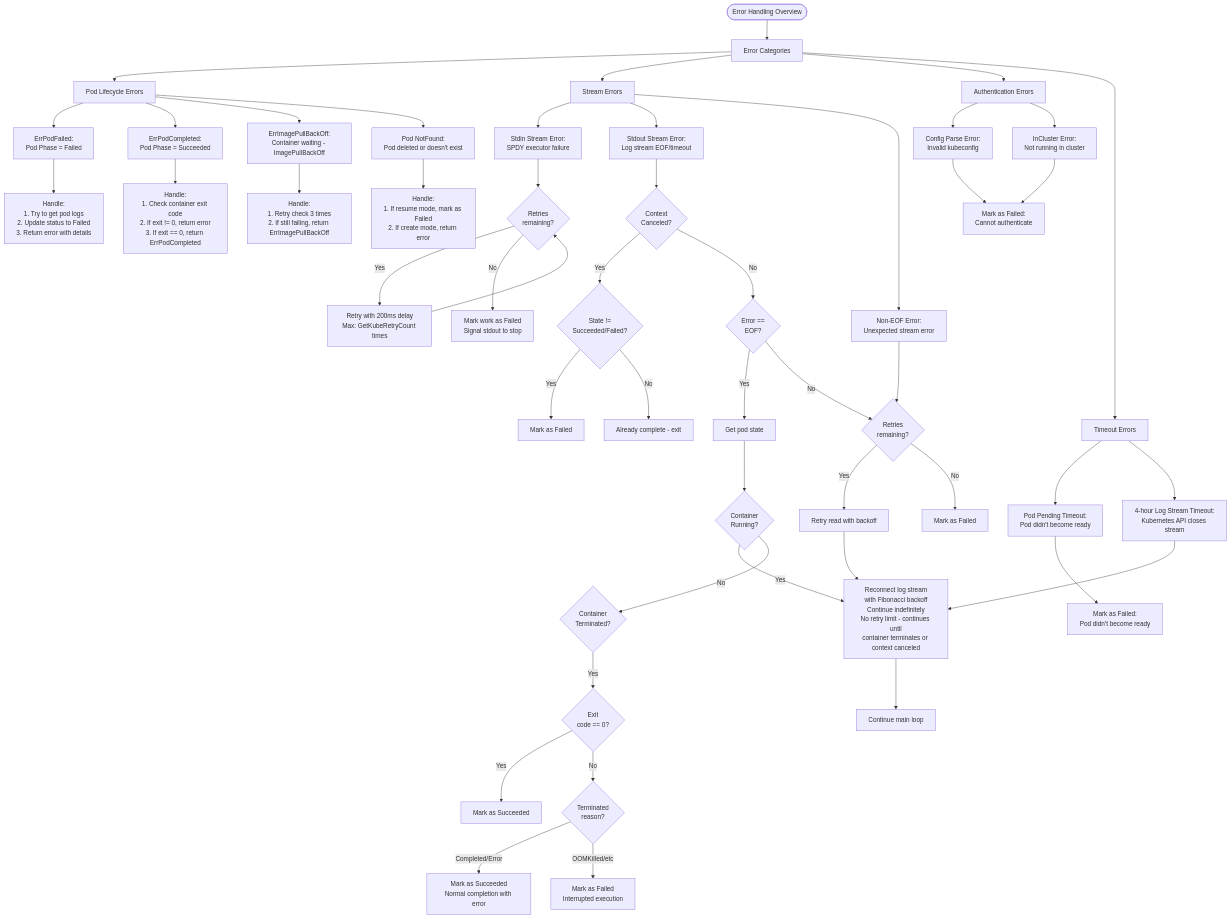
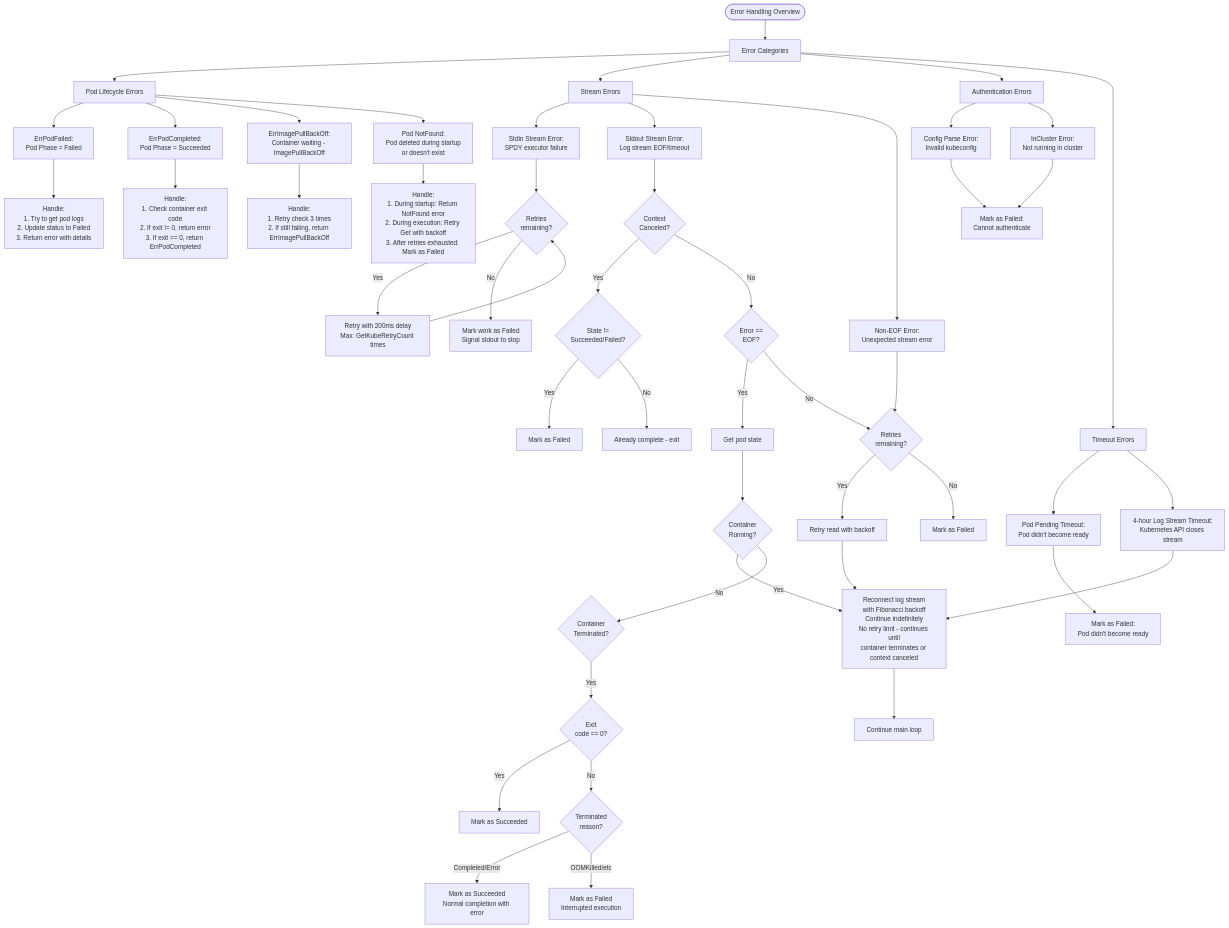
The seventh of 7 diagrams in docs/diagrams/kubernetes_workflow.md (ansible/receptor), drawn with Mermaid before and after one commit. The commit also changed other lines of this file, not shown here.

Commit message:
Update podRunningAndReady handling of deletion event

````diff
--- a/docs/diagrams/kubernetes_workflow.md
+++ b/docs/diagrams/kubernetes_workflow.md
@@ -671,69 +671,69 @@
 ```mermaid
 flowchart TD
     Start([Error Handling Overview]) --> ErrorTypes[Error Categories]
     
     ErrorTypes --> PodErrors[Pod Lifecycle Errors]
     ErrorTypes --> StreamErrors[Stream Errors]
     ErrorTypes --> AuthErrors[Authentication Errors]
     ErrorTypes --> TimeoutErrors[Timeout Errors]
     
     PodErrors --> PodFailed[ErrPodFailed:<br/>Pod Phase = Failed]
     PodErrors --> PodCompleted[ErrPodCompleted:<br/>Pod Phase = Succeeded]
     PodErrors --> ImagePullBack[ErrImagePullBackOff:<br/>Container waiting - ImagePullBackOff]
-    PodErrors --> NotFound[Pod NotFound:<br/>Pod deleted or doesn't exist]
-    
+    PodErrors --> NotFound[Pod NotFound:<br/>Pod deleted during startup<br/>or doesn't exist]
+
     StreamErrors --> StdinError[Stdin Stream Error:<br/>SPDY executor failure]
     StreamErrors --> StdoutError[Stdout Stream Error:<br/>Log stream EOF/timeout]
     StreamErrors --> NonEOFError[Non-EOF Error:<br/>Unexpected stream error]
-    
+
     AuthErrors --> ConfigError[Config Parse Error:<br/>Invalid kubeconfig]
     AuthErrors --> ClusterError[InCluster Error:<br/>Not running in cluster]
-    
+
     TimeoutErrors --> PodPendingTimeout[Pod Pending Timeout:<br/>Pod didn't become ready]
     TimeoutErrors --> LogStreamTimeout[4-hour Log Stream Timeout:<br/>Kubernetes API closes stream]
-    
+
     PodFailed --> HandlePodFailed[Handle:<br/>1. Try to get pod logs<br/>2. Update status to Failed<br/>3. Return error with details]
-    
+
     PodCompleted --> HandlePodCompleted[Handle:<br/>1. Check container exit code<br/>2. If exit != 0, return error<br/>3. If exit == 0, return ErrPodCompleted]
-    
+
     ImagePullBack --> HandleImagePull[Handle:<br/>1. Retry check 3 times<br/>2. If still failing, return ErrImagePullBackOff]
-    
-    NotFound --> HandleNotFound[Handle:<br/>1. If resume mode, mark as Failed<br/>2. If create mode, return error]
+
+    NotFound --> HandleNotFound[Handle:<br/>1. During startup: Return NotFound error<br/>2. During execution: Retry Get with backoff<br/>3. After retries exhausted: Mark as Failed]
     
     StdinError --> RetryStdin{Retries<br/>remaining?}
     RetryStdin -->|Yes| RetryStdinAction[Retry with 200ms delay<br/>Max: GetKubeRetryCount times]
     RetryStdinAction --> RetryStdin
     RetryStdin -->|No| FailStdin[Mark work as Failed<br/>Signal stdout to stop]
     
     StdoutError --> CheckContext{Context<br/>Canceled?}
     CheckContext -->|Yes| CheckState{State !=<br/>Succeeded/Failed?}
     CheckState -->|Yes| FailContext[Mark as Failed]
     CheckState -->|No| ExitContext[Already complete - exit]
     
     CheckContext -->|No| CheckEOF{Error ==<br/>EOF?}
     CheckEOF -->|Yes| CheckPodState[Get pod state]
     CheckPodState --> PodRunning{Container<br/>Running?}
     PodRunning -->|Yes| ReconnectLogs[Reconnect log stream<br/>with Fibonacci backoff<br/>Continue indefinitely<br/>No retry limit - continues until<br/>container terminates or context canceled]
     
     PodRunning -->|No| PodTerminated{Container<br/>Terminated?}
     PodTerminated -->|Yes| CheckExit{Exit<br/>code == 0?}
     CheckExit -->|Yes| Success[Mark as Succeeded]
     CheckExit -->|No| CheckReason{Terminated<br/>reason?}
     CheckReason -->|Completed/Error| SuccessNormal[Mark as Succeeded<br/>Normal completion with error]
     CheckReason -->|OOMKilled/etc| FailInterrupted[Mark as Failed<br/>Interrupted execution]
     
     CheckEOF -->|No| RetryNonEOF{Retries<br/>remaining?}
     RetryNonEOF -->|Yes| RetryLogRead[Retry read with backoff]
     RetryLogRead --> ReconnectLogs
     RetryNonEOF -->|No| FailNonEOF[Mark as Failed]
     
     NonEOFError --> RetryNonEOF
     
     ConfigError --> FailAuth[Mark as Failed:<br/>Cannot authenticate]
     ClusterError --> FailAuth
     
     PodPendingTimeout --> FailTimeout[Mark as Failed:<br/>Pod didn't become ready]
     LogStreamTimeout --> ReconnectLogs
     
     ReconnectLogs --> MainLoop[Continue main loop]
 ```
````
